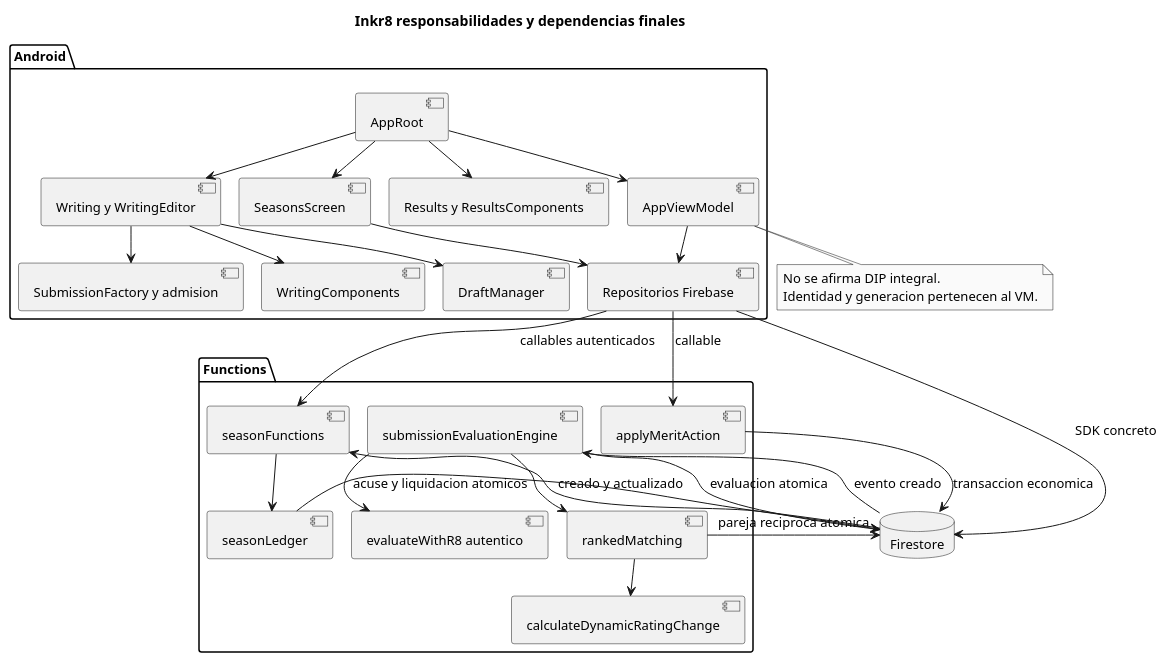
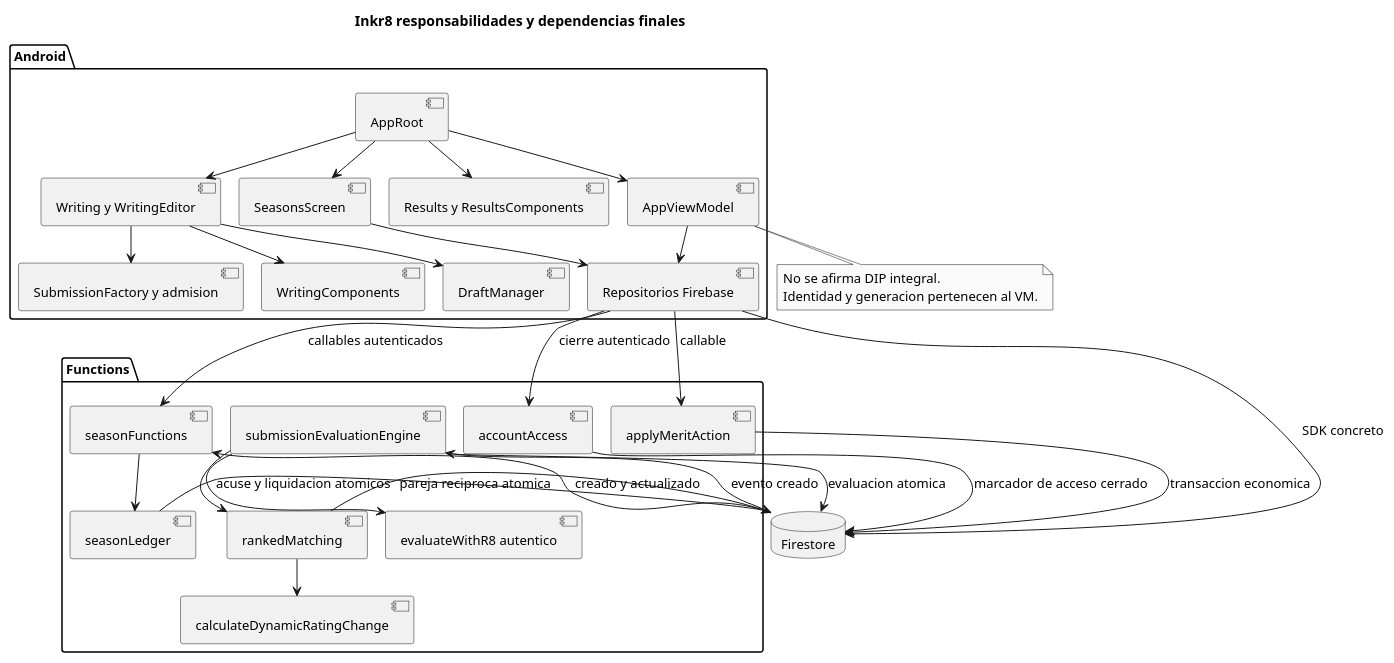
Before and after one commit to Rnz5/Inkr8-ISW2: the diagram in delivery/uml/components.puml, drawn with PlantUML. The commit also changed 62 other files, not shown here.

First line of the commit message:
test(delivery): verificar cierre Auth aprobado y renovar informe UML APK y evidencias

```diff
--- a/delivery/uml/components.puml
+++ b/delivery/uml/components.puml
@@ -1,55 +1,58 @@
 @startuml
 !pragma layout smetana
 skinparam monochrome true
 skinparam shadowing false
 skinparam defaultFontName Arial
 skinparam defaultFontSize 13
 title Inkr8 responsabilidades y dependencias finales
 package Android {
  [AppRoot] as Root
  [Writing y WritingEditor] as W
  [WritingComponents] as WC
  [AppViewModel] as VM
  [Results y ResultsComponents] as RS
  [SeasonsScreen] as SS
  [DraftManager] as DM
  [SubmissionFactory y admision] as SF
  [Repositorios Firebase] as R
 }
 package Functions {
  [submissionEvaluationEngine] as E
  [rankedMatching] as M
  [calculateDynamicRatingChange] as C
  [applyMeritAction] as A
+ [accountAccess] as AC
  [seasonLedger] as L
  [seasonFunctions] as F
  [evaluateWithR8 autentico] as R8
 }
 database Firestore as DB
 Root --> W
 Root --> VM
 Root --> RS
 Root --> SS
 W --> WC
 W --> DM
 W --> SF
 VM --> R
 SS --> R
 R --> DB : SDK concreto
 R --> A : callable
+R --> AC : cierre autenticado
 R --> F : callables autenticados
 DB --> E : evento creado
 E --> R8
 E --> M
 M --> C
 E --> DB : evaluacion atomica
 M --> DB : pareja reciproca atomica
 A --> DB : transaccion economica
+AC --> DB : marcador de acceso cerrado
 DB --> F : creado y actualizado
 F --> L
 L --> DB : acuse y liquidacion atomicos
 note bottom of VM
  No se afirma DIP integral.
  Identidad y generacion pertenecen al VM.
 end note
 @enduml
```
